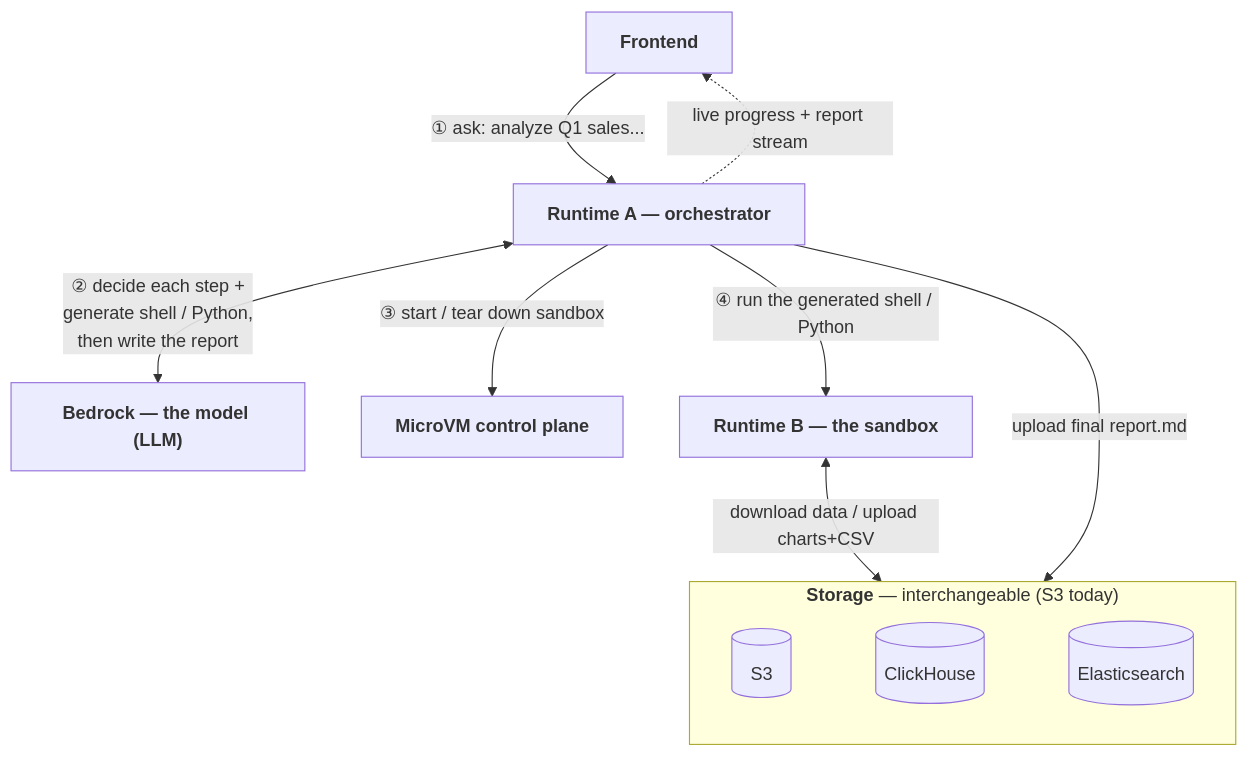
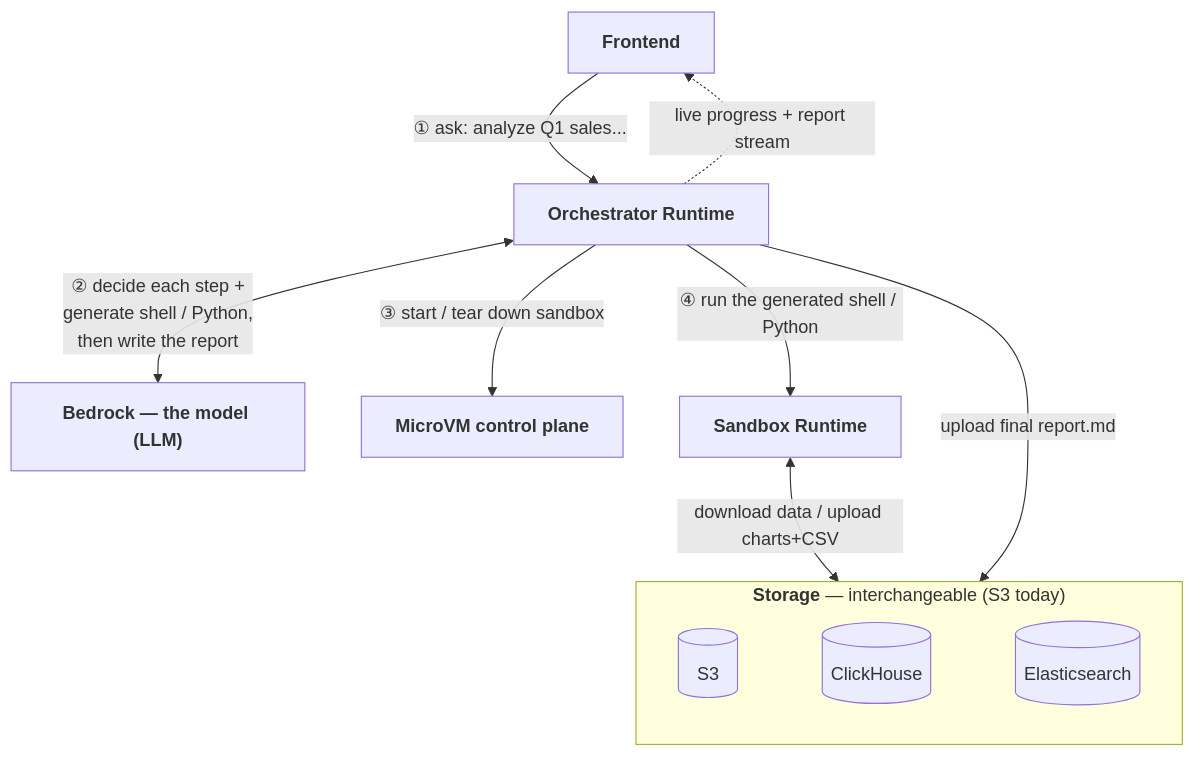
The diagram in README.md (jansony1/agentcore-runtime-data-persistence-demo), drawn with Mermaid before and after one commit. The commit also changed other lines of this file and 1 other file, not shown here.

````diff
--- a/README.md
+++ b/README.md
@@ -14,28 +14,28 @@
 ```mermaid
 flowchart TB
     FE["<b>Frontend</b>"]
 
-    RA["<b>Runtime A — orchestrator</b>"]
+    RA["<b>Orchestrator Runtime</b>"]
 
     BR["<b>Bedrock — the model (LLM)</b>"]
 
     CP["<b>MicroVM control plane</b>"]
 
-    RB["<b>Runtime B — the sandbox</b>"]
+    RB["<b>Sandbox Runtime</b>"]
 
     subgraph ST["<b>Storage</b> — interchangeable (S3 today)"]
         direction LR
         S3[("&nbsp;&nbsp;S3&nbsp;&nbsp;")]
         CH[("ClickHouse")]
         ES[("Elasticsearch")]
         S3 ~~~ CH ~~~ ES
     end
 
     FE -->|"① ask: analyze Q1 sales..."| RA
     RA <-->|"② decide each step +<br/>generate shell / Python,<br/>then write the report"| BR
     RA -->|"③ start / tear down sandbox"| CP
     RA -->|"④ run the generated shell / Python"| RB
     RA -.->|"live progress + report stream"| FE
     RB <-->|"download data / upload charts+CSV"| ST
     RA -->|"upload final report.md"| ST
 ```
````
